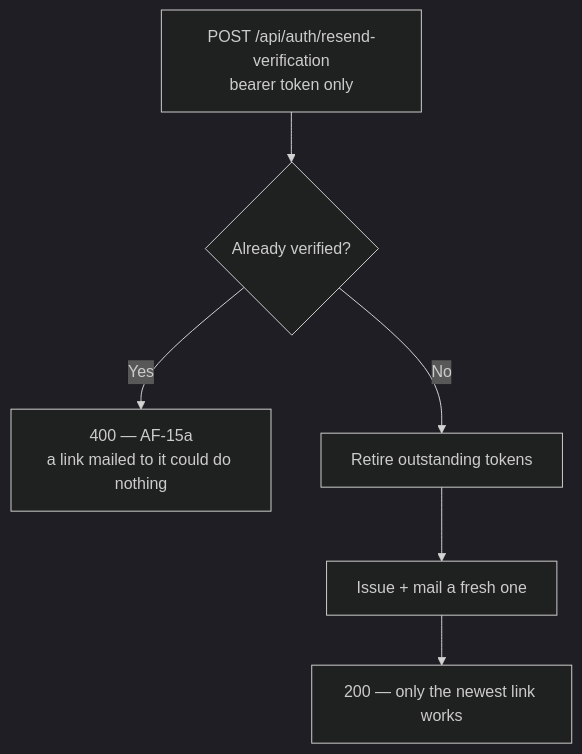
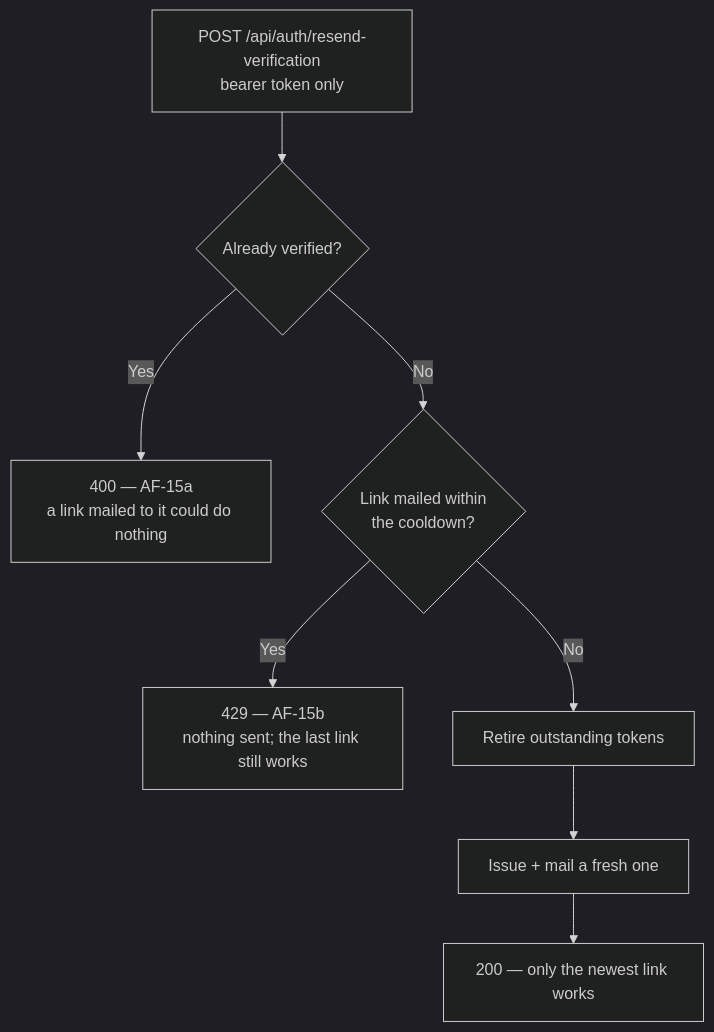
Before and after one commit to artur-rios/heimdall-api: the third of 3 diagrams in docs/content/en/docs/flows/person-onboarding.md, drawn with Mermaid (dark theme). The commit also changed other lines of this file and 11 other files, not shown here.

````diff
--- a/docs/content/en/docs/flows/person-onboarding.md
+++ b/docs/content/en/docs/flows/person-onboarding.md
@@ -94,8 +94,10 @@
 ```mermaid
 flowchart TD
     A[POST /api/auth/resend-verification<br/>bearer token only] --> B{Already verified?}
     B -->|Yes| C["400 — AF-15a<br/>a link mailed to it could do nothing"]
-    B -->|No| D[Retire outstanding tokens]
+    B -->|No| G{Link mailed within<br/>the cooldown?}
+    G -->|Yes| H["429 — AF-15b<br/>nothing sent; the last link still works"]
+    G -->|No| D[Retire outstanding tokens]
     D --> E[Issue + mail a fresh one]
     E --> F[200 — only the newest link works]
 ```
````
